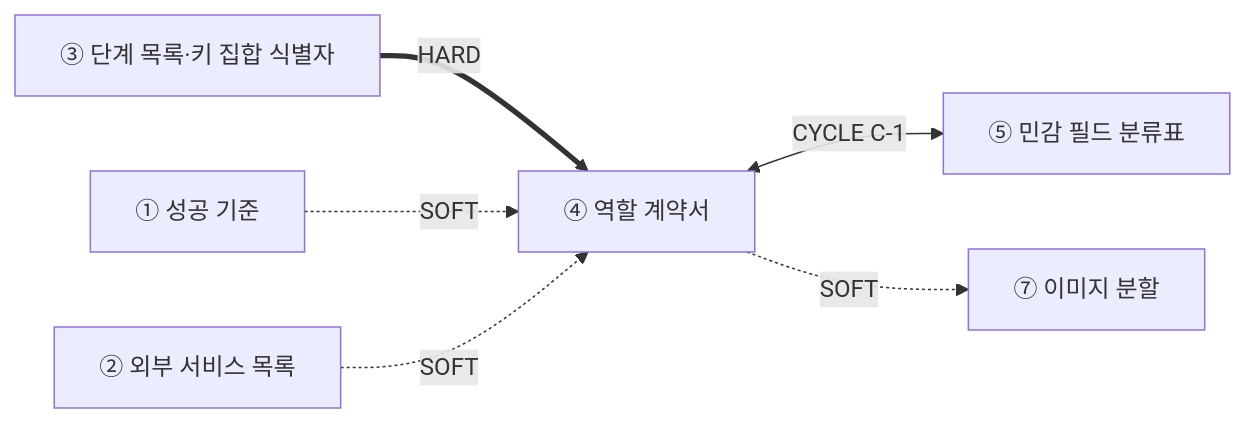
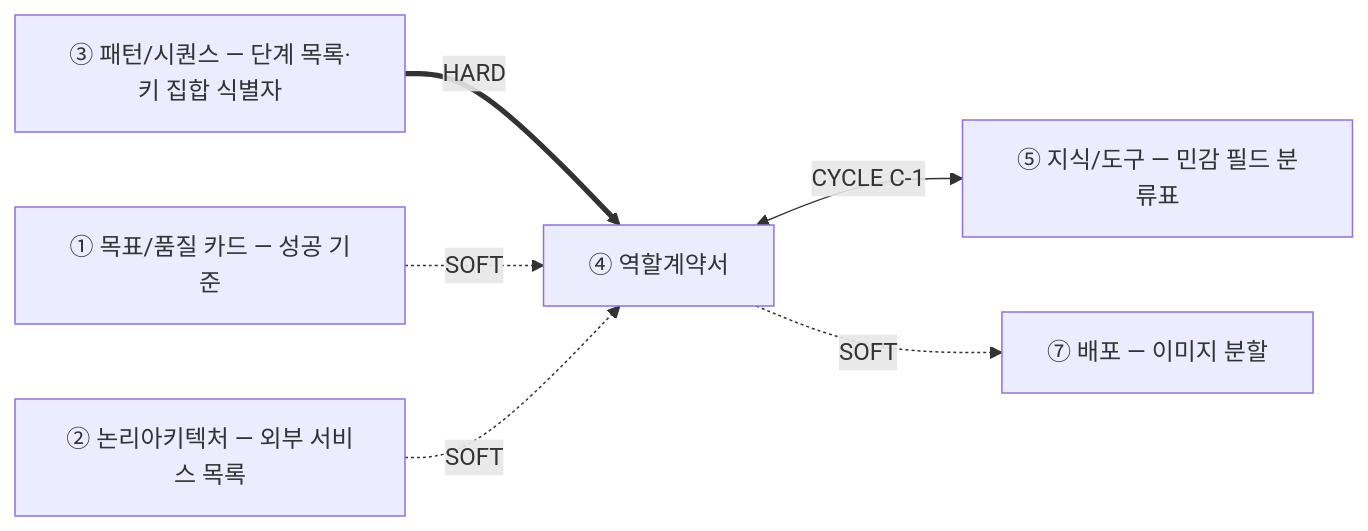
The diagram in guides/04-에이전트역할계약서-가이드.md (unicorn-campus/design-agentic-ai), drawn with Mermaid before and after one commit. The commit also changed other lines of this file and 15 other files, not shown here.

````diff
--- a/guides/04-에이전트역할계약서-가이드.md
+++ b/guides/04-에이전트역할계약서-가이드.md
@@ -17,8 +17,8 @@
 ```mermaid
 graph LR
-  D["③ 단계 목록·키 집합 식별자"] ==>|HARD| C
-  A["① 성공 기준"] -.SOFT.-> C
-  B["② 외부 서비스 목록"] -.SOFT.-> C
-  C["④ 역할 계약서"] <-->|CYCLE C-1| E["⑤ 민감 필드 분류표"]
-  C -.SOFT.-> G["⑦ 이미지 분할"]
+  D["③ 패턴/시퀀스 — 단계 목록·키 집합 식별자"] ==>|HARD| C
+  A["① 목표/품질 카드 — 성공 기준"] -.SOFT.-> C
+  B["② 논리아키텍처 — 외부 서비스 목록"] -.SOFT.-> C
+  C["④ 역할계약서"] <-->|CYCLE C-1| E["⑤ 지식/도구 — 민감 필드 분류표"]
+  C -.SOFT.-> G["⑦ 배포 — 이미지 분할"]
 ```
````
